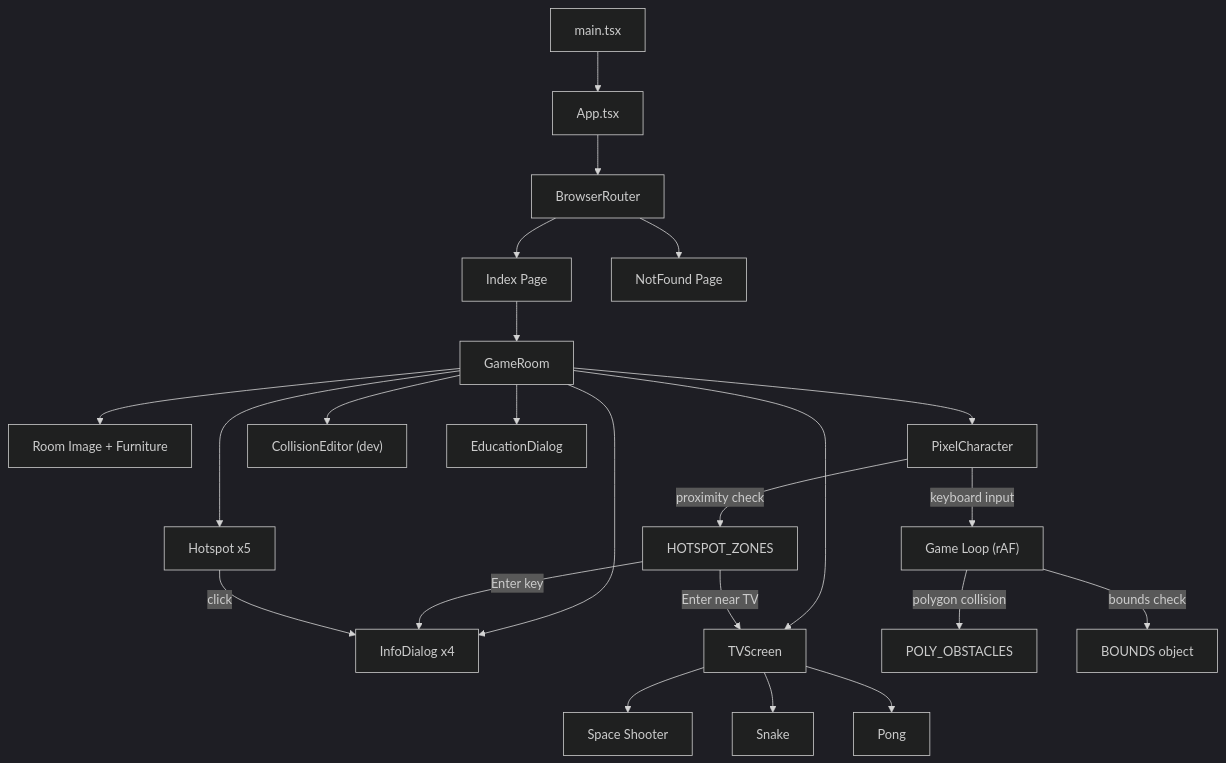
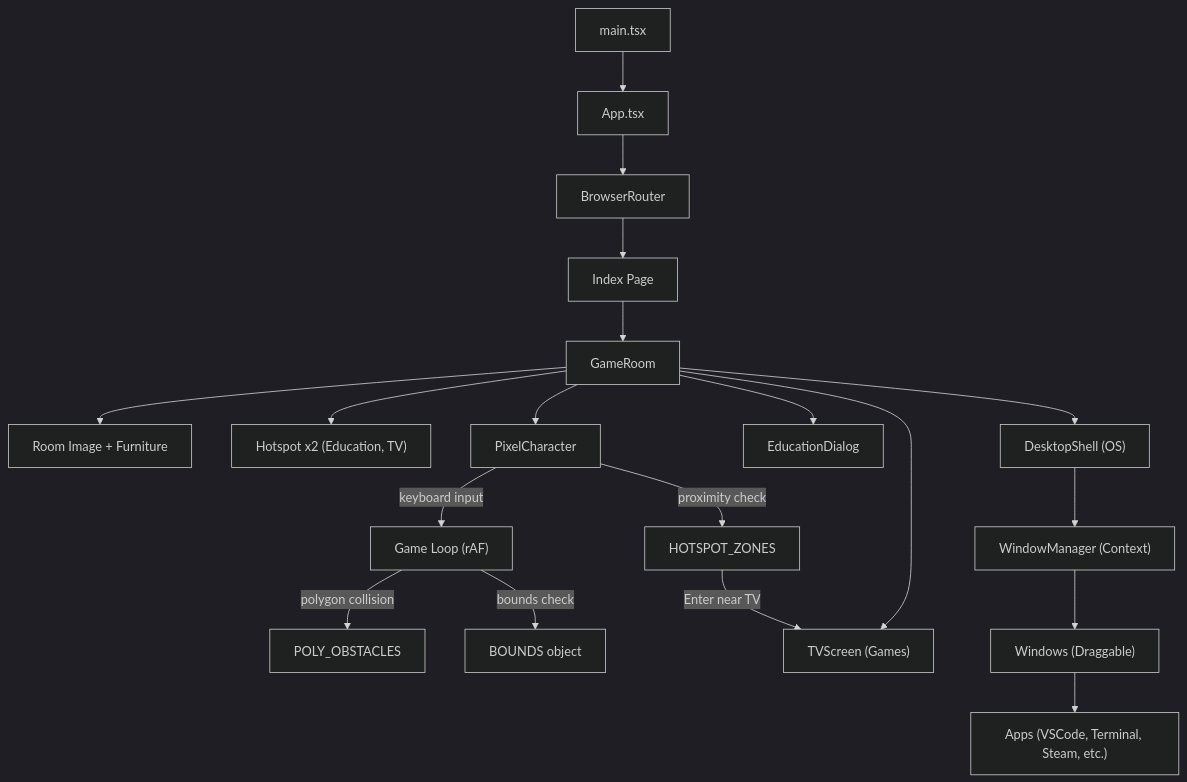
One commit to abdelrhamanashraf/portfolioGame changed the diagram in project_documentation.md. Above: the diagram before and after it, drawn with Mermaid (dark theme). The commit also changed other lines of this file and 33 other files, not shown here.

````diff
--- a/project_documentation.md
+++ b/project_documentation.md
@@ -116,27 +80,23 @@
 ```mermaid
 graph TD
     A["main.tsx"] --> B["App.tsx"]
     B --> C["BrowserRouter"]
     C --> D["Index Page"]
-    C --> E["NotFound Page"]
     D --> F["GameRoom"]
     F --> G["Room Image + Furniture"]
-    F --> H["Hotspot x5"]
+    F --> H["Hotspot x2 (Education, TV)"]
     F --> I["PixelCharacter"]
-    F --> J["InfoDialog x4"]
-    F --> K["CollisionEditor (dev)"]
     F --> L["EducationDialog"]
-    F --> T["TVScreen"]
+    F --> T["TVScreen (Games)"]
+    F --> DS["DesktopShell (OS)"]
+    
+    DS --> WM["WindowManager (Context)"]
+    WM --> W["Windows (Draggable)"]
+    W --> Apps["Apps (VSCode, Terminal, Steam, etc.)"]
     
     I -->|"keyboard input"| M["Game Loop (rAF)"]
     M -->|"polygon collision"| N["POLY_OBSTACLES"]
     M -->|"bounds check"| O["BOUNDS object"]
     I -->|"proximity check"| P["HOTSPOT_ZONES"]
-    P -->|"Enter key"| J
     P -->|"Enter near TV"| T
-    H -->|"click"| J
-    
-    T --> T1["Space Shooter"]
-    T --> T2["Snake"]
-    T --> T3["Pong"]
 ```
````
